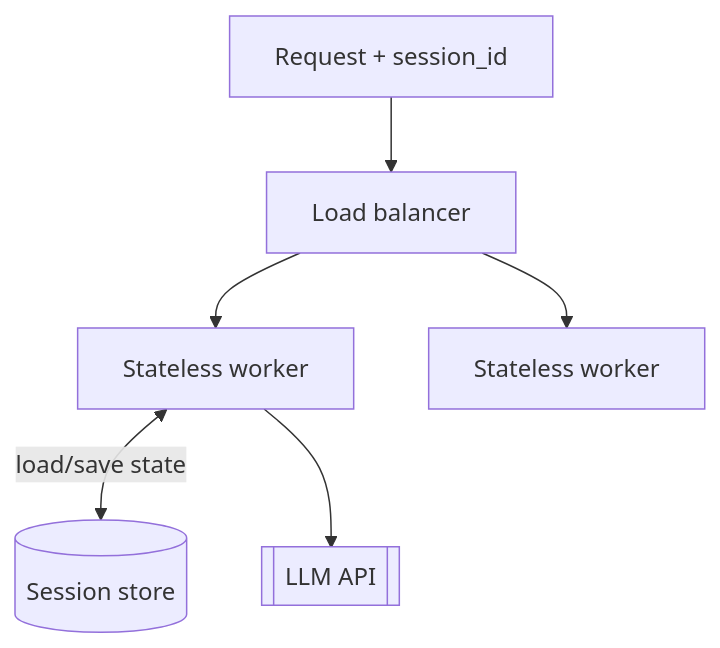
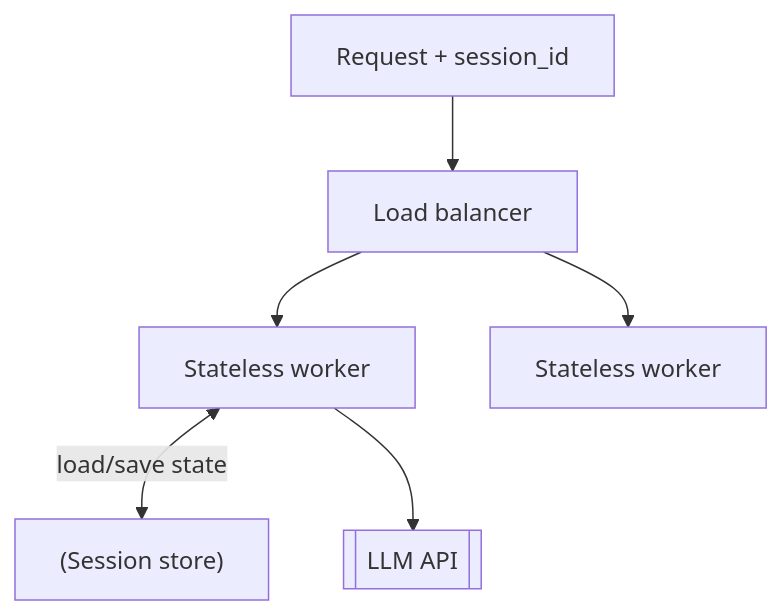
The second of 5 diagrams in files/Agentic-AI/18-deploying-agents-to-production.md (pankajThakur1874/studysheet), drawn with Mermaid before and after one commit. The commit also changed other lines of this file and 102 other files, not shown here.

Commit message:
Auto-fix Mermaid diagram syntax across all study guides to prevent Syntax Error in Mermaid v10

````diff
--- a/files/Agentic-AI/18-deploying-agents-to-production.md
+++ b/files/Agentic-AI/18-deploying-agents-to-production.md
@@ -32,8 +32,8 @@
 ```mermaid
 flowchart TD
-    U[Request + session_id] --> LB[Load balancer]
+    U["Request + session_id"] --> LB[Load balancer]
     LB --> W1[Stateless worker]
     LB --> W2[Stateless worker]
-    W1 <-->|load/save state| St[(Session store)]
+    W1 <-->|load/save state| St["(Session store)"]
     W1 --> API[[LLM API]]
 ```
````
